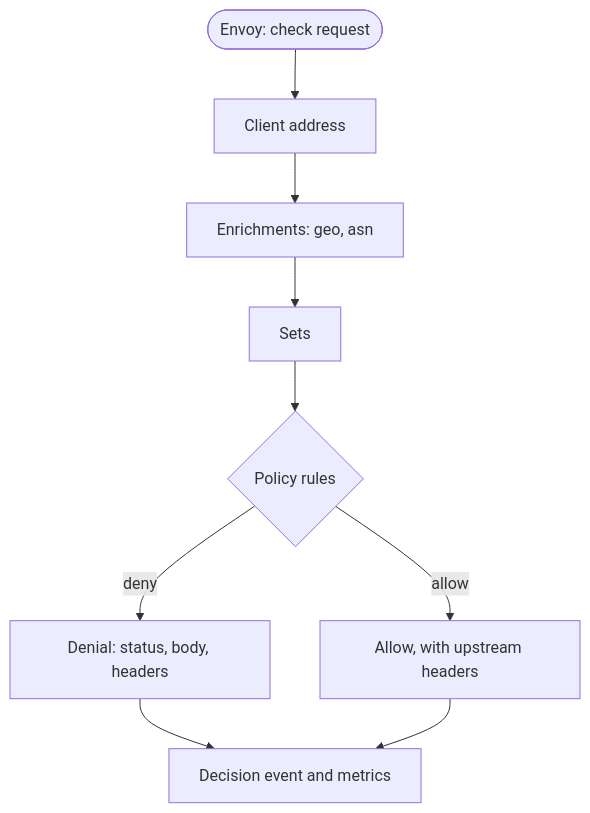
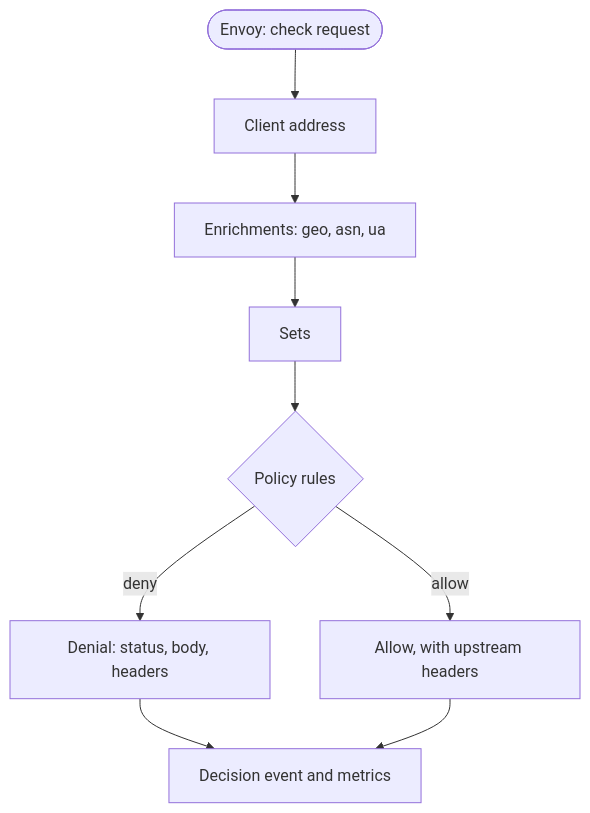
One commit to gtriggiano/tessera changed the diagram in docs/guide/how-tessera-works.md. Above: the diagram before and after it, drawn with Mermaid. The commit also changed other lines of this file and 79 other files, not shown here.

````diff
--- a/docs/guide/how-tessera-works.md
+++ b/docs/guide/how-tessera-works.md
@@ -13,13 +13,13 @@
 ```mermaid
 flowchart TD
     accTitle: The path of a request through tessera
-    accDescr: Envoy sends tessera a check request. tessera reads the client address from it. The enrichments describe the client address, and the sets hold the lists that the rules look values up in. The policy rules read the request, the client address, the enrichments and the sets, and decide. A denial gives Envoy the response for the client; an allowed request goes on to the upstream with the upstream headers. tessera then counts the decision in its metrics and writes a decision event for it when the configuration selects it.
+    accDescr: Envoy sends tessera a check request. tessera reads the client address from it. The enrichments describe the client address and the client software, and the sets hold the lists that the rules look values up in. The policy rules read the request, the client address, the enrichments and the sets, and decide. A denial gives Envoy the response for the client; an allowed request goes on to the upstream with the upstream headers. tessera then counts the decision in its metrics and writes a decision event for it when the configuration selects it.
     envoy([Envoy: check request]) --> address[Client address]
-    address --> enrichments[Enrichments: geo, asn]
+    address --> enrichments[Enrichments: geo, asn, ua]
     enrichments --> sets[Sets]
     sets --> rules{Policy rules}
     rules -- deny --> denial[Denial: status, body, headers]
     rules -- allow --> allowed[Allow, with upstream headers]
     denial --> record[Decision event and metrics]
     allowed --> record
 ```
````
